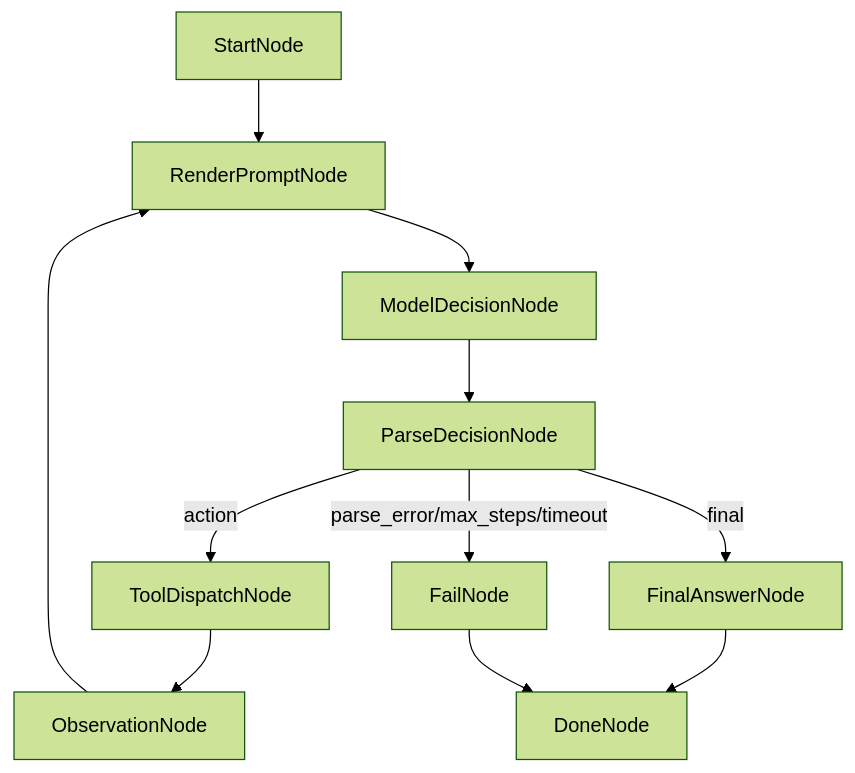
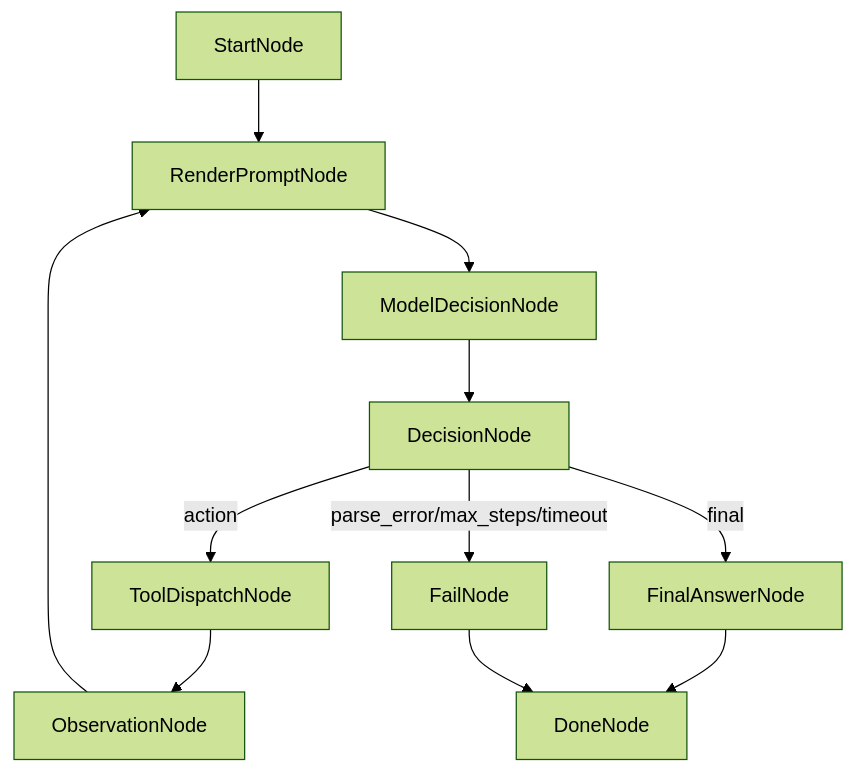
The diagram in docs/design/agent-loop.md (lunalhx/Loom_Agent), drawn with Mermaid (forest theme) before and after one commit. The commit also changed other lines of this file and 16 other files, not shown here.

````diff
--- a/docs/design/agent-loop.md
+++ b/docs/design/agent-loop.md
@@ -9,13 +9,13 @@
 ```mermaid
 flowchart TD
     A["StartNode"] --> B["RenderPromptNode"]
     B --> C["ModelDecisionNode"]
-    C --> D["ParseDecisionNode"]
+    C --> D["DecisionNode"]
     D -->|action| E["ToolDispatchNode"]
     E --> F["ObservationNode"]
     F --> B
     D -->|final| G["FinalAnswerNode"]
     D -->|parse_error/max_steps/timeout| H["FailNode"]
     G --> I["DoneNode"]
     H --> I
 ```
````
